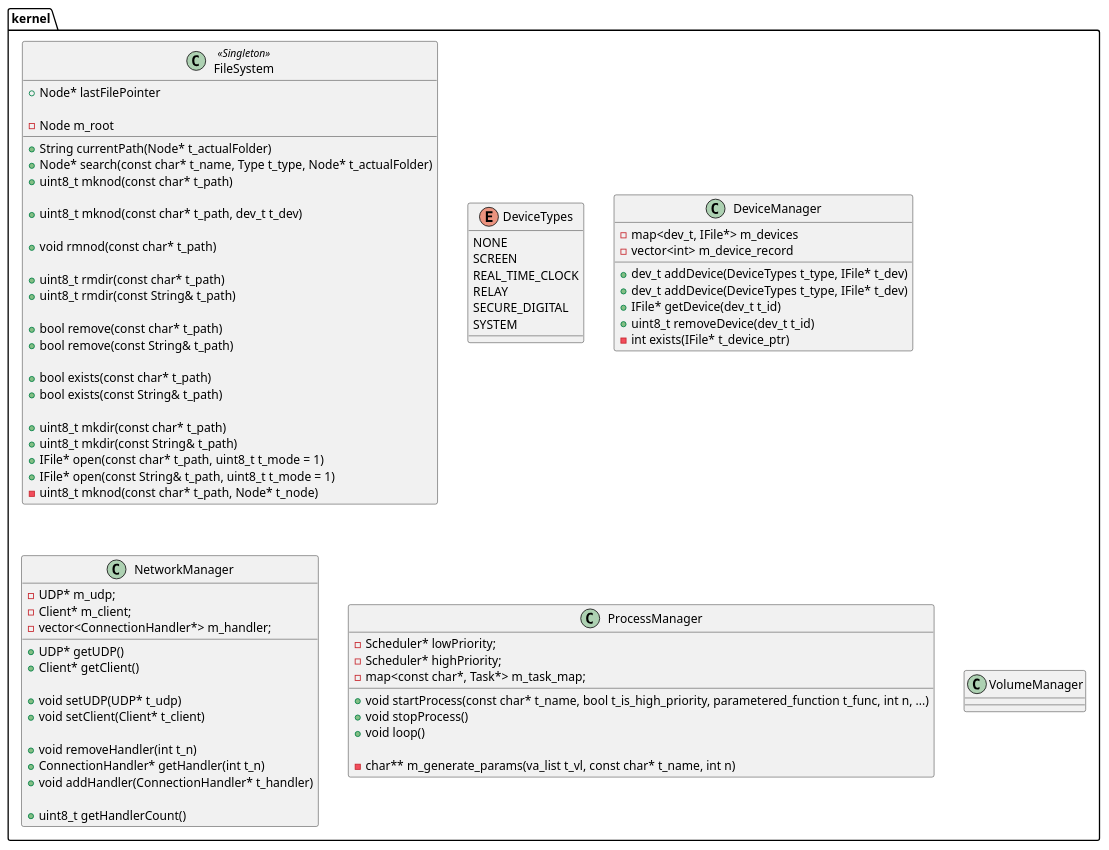
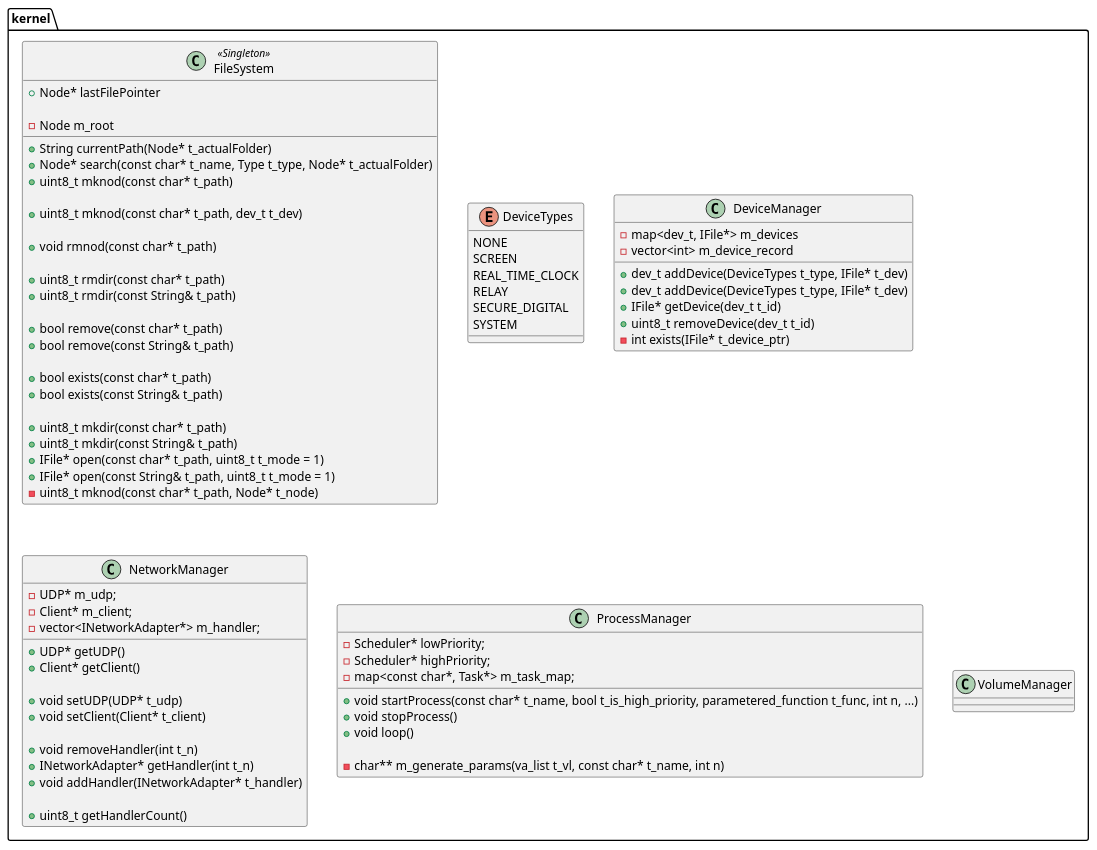
Before and after one commit to Patrik119HUN/HomeEmbeddedOs: the diagram in kernel.puml, drawn with PlantUML. The commit also changed 61 other files, not shown here.

```diff
--- a/kernel.puml
+++ b/kernel.puml
@@ -1,81 +1,81 @@
 @startuml Kernel
 package "kernel"{
     class FileSystem << Singleton >>{
         + String currentPath(Node* t_actualFolder)
         + Node* search(const char* t_name, Type t_type, Node* t_actualFolder)
         + uint8_t mknod(const char* t_path)
 
         + uint8_t mknod(const char* t_path, dev_t t_dev)
 
         + void rmnod(const char* t_path)
 
         + uint8_t rmdir(const char* t_path)
         + uint8_t rmdir(const String& t_path)
 
         + bool remove(const char* t_path)
         + bool remove(const String& t_path)
 
         + bool exists(const char* t_path)
         + bool exists(const String& t_path)
 
         + uint8_t mkdir(const char* t_path)
         + uint8_t mkdir(const String& t_path)
         + IFile* open(const char* t_path, uint8_t t_mode = 1)
         + IFile* open(const String& t_path, uint8_t t_mode = 1)
         + Node* lastFilePointer
 
         - uint8_t mknod(const char* t_path, Node* t_node)
         - Node m_root
     }
 
     enum DeviceTypes{
         NONE
         SCREEN
         REAL_TIME_CLOCK
         RELAY
         SECURE_DIGITAL
         SYSTEM
     }
     class DeviceManager {
         + dev_t addDevice(DeviceTypes t_type, IFile* t_dev)
         + dev_t addDevice(DeviceTypes t_type, IFile* t_dev)
         + IFile* getDevice(dev_t t_id)
         + uint8_t removeDevice(dev_t t_id)
 
         - map<dev_t, IFile*> m_devices
         - vector<int> m_device_record
         - int exists(IFile* t_device_ptr)
     }
     class NetworkManager{
         + UDP* getUDP()
         + Client* getClient()
 
         + void setUDP(UDP* t_udp)
         + void setClient(Client* t_client)
 
         + void removeHandler(int t_n)
-        + ConnectionHandler* getHandler(int t_n)
-        + void addHandler(ConnectionHandler* t_handler)
+        + INetworkAdapter* getHandler(int t_n)
+        + void addHandler(INetworkAdapter* t_handler)
 
         + uint8_t getHandlerCount()
 
         - UDP* m_udp;
         - Client* m_client;
-        - vector<ConnectionHandler*> m_handler;
+        - vector<INetworkAdapter*> m_handler;
     }
     class ProcessManager{
         + void startProcess(const char* t_name, bool t_is_high_priority, parametered_function t_func, int n, ...)
         + void stopProcess()
         + void loop()
 
         - char** m_generate_params(va_list t_vl, const char* t_name, int n)
         - Scheduler* lowPriority;
         - Scheduler* highPriority;
         - map<const char*, Task*> m_task_map;
     }
     class VolumeManager{
 
     }
 
 }
 @enduml
```
